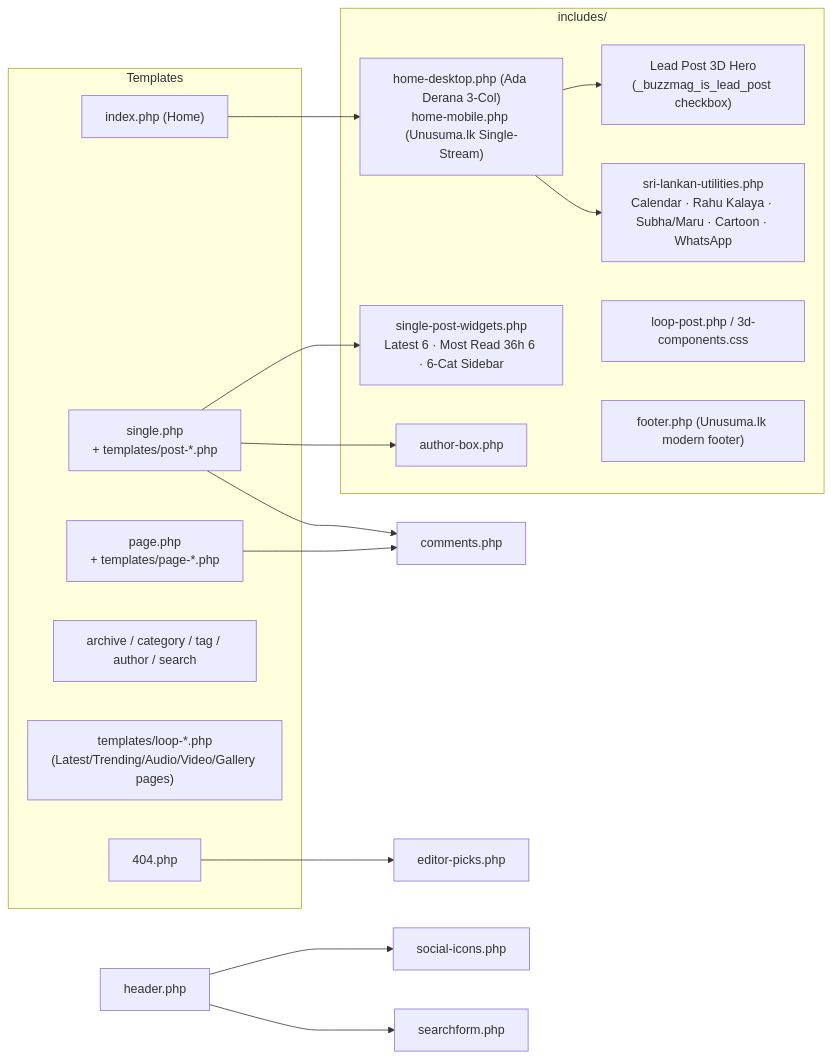
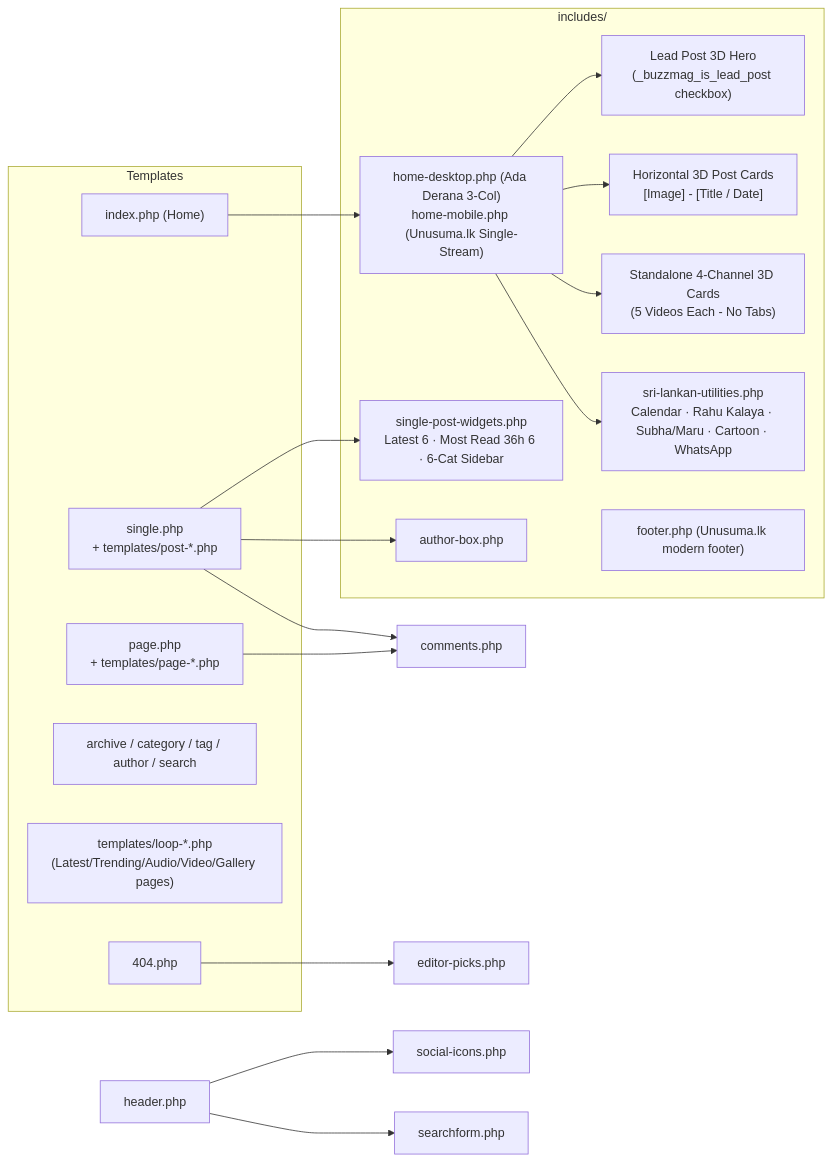
The second of 9 diagrams in COMPONENT_MAP.md (JayawardhanaJTH/buzzmag), drawn with Mermaid before and after one commit. The commit also changed 11 other files, not shown here.

Commit message:
refactor: implement 3D card layout and unifed news stream components

````diff
--- a/COMPONENT_MAP.md
+++ b/COMPONENT_MAP.md
@@ -66,32 +66,35 @@
 ```mermaid
 flowchart LR
     subgraph Templates
         IDX["index.php (Home)"]
         SGL["single.php<br/>+ templates/post-*.php"]
         PG["page.php<br/>+ templates/page-*.php"]
         ARC["archive / category / tag / author / search"]
         LP["templates/loop-*.php<br/>(Latest/Trending/Audio/Video/Gallery pages)"]
         E404["404.php"]
     end
 
     subgraph Parts["includes/"]
         FEAT["home-desktop.php (Ada Derana 3-Col)<br/>home-mobile.php (Unusuma.lk Single-Stream)"]
         LEAD["Lead Post 3D Hero<br/>(_buzzmag_is_lead_post checkbox)"]
+        CARD["Horizontal 3D Post Cards<br/>[Image] - [Title / Date]"]
+        CHANNELS["Standalone 4-Channel 3D Cards<br/>(5 Videos Each - No Tabs)"]
         UTIL["sri-lankan-utilities.php<br/>Calendar · Rahu Kalaya · Subha/Maru · Cartoon · WhatsApp"]
         SINGW["single-post-widgets.php<br/>Latest 6 · Most Read 36h 6 · 6-Cat Sidebar"]
-        CARD["loop-post.php / 3d-components.css"]
         AUTH["author-box.php"]
         FOOT["footer.php (Unusuma.lk modern footer)"]
     end
 
     IDX --> FEAT
     FEAT --> LEAD
+    FEAT --> CARD
+    FEAT --> CHANNELS
     FEAT --> UTIL
     SGL --> SINGW
     SGL --> AUTH
     SGL --> CMT["comments.php"]
     PG --> CMT
     E404 --> PICK["editor-picks.php"]
     HDR["header.php"] --> SOC["social-icons.php"]
     HDR --> SF["searchform.php"]
 ```
````
